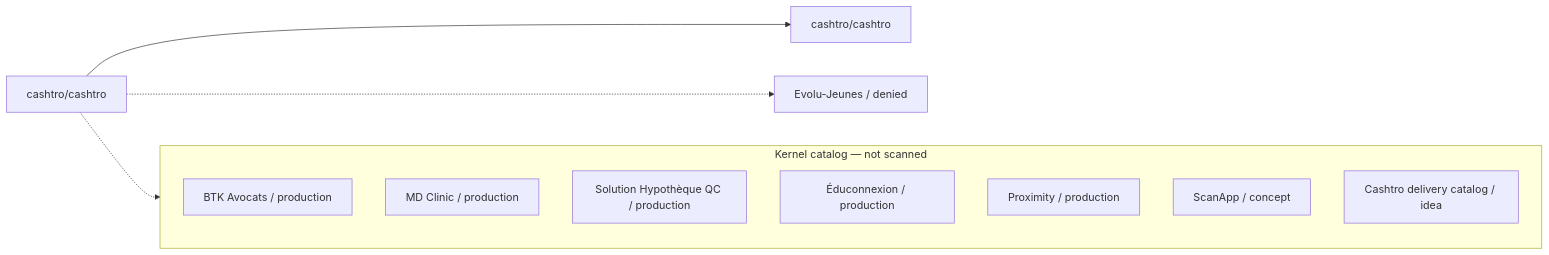
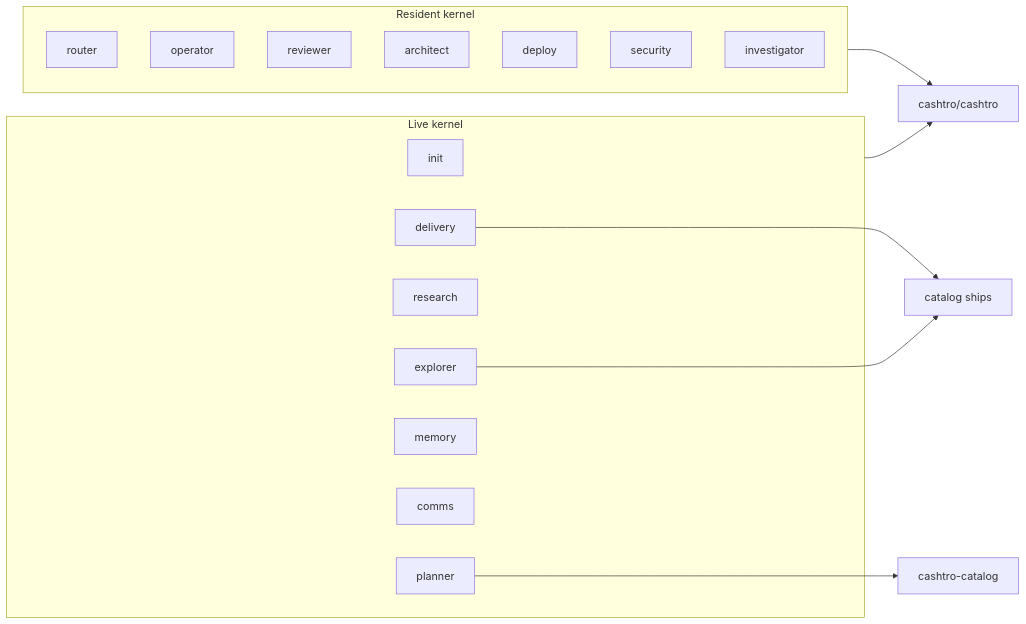
Before and after one commit to cashtro/cashtro: the second of 2 diagrams in inventory/GRAPH.md, drawn with Mermaid. The commit also changed other lines of this file and 144 other files, not shown here.

First line of the commit message:
feat: graphify every agent against every project

````diff
--- a/inventory/GRAPH.md
+++ b/inventory/GRAPH.md
@@ -3,18 +64,27 @@
 ```mermaid
 flowchart LR
-  manager[cashtro/cashtro]
+  subgraph liveKernel[Live kernel]
+    init[init]
+    delivery[delivery]
+    research[research]
+    explorer[explorer]
+    memory[memory]
+    comms[comms]
+    planner[planner]
+  end
+  subgraph residentKernel[Resident kernel]
+    router[router]
+    operator[operator]
+    reviewer[reviewer]
+    architect[architect]
+    deploy[deploy]
+    security[security]
+    investigator[investigator]
+  end
   cashtro[cashtro/cashtro]
-  manager --> cashtro
-  Evolu_Jeunes_dark[Evolu-Jeunes / denied]
-  manager -.-> Evolu_Jeunes_dark
-  subgraph catalog[Kernel catalog — not scanned]
-    cat_BTK_Avocats[BTK Avocats / production]
-    cat_MD_Clinic[MD Clinic / production]
-    cat_Solution_Hypoth_que_QC[Solution Hypothèque QC / production]
-    cat__duconnexion[Éduconnexion / production]
-    cat_Proximity[Proximity / production]
-    cat_ScanApp[ScanApp / concept]
-    cat_Cashtro_delivery_catalog[Cashtro delivery catalog / idea]
-  end
-  manager -.-> catalog
+  liveKernel --> cashtro
+  residentKernel --> cashtro
+  delivery --> ships[catalog ships]
+  explorer --> ships
+  planner --> idea[cashtro-catalog]
 ```
````
